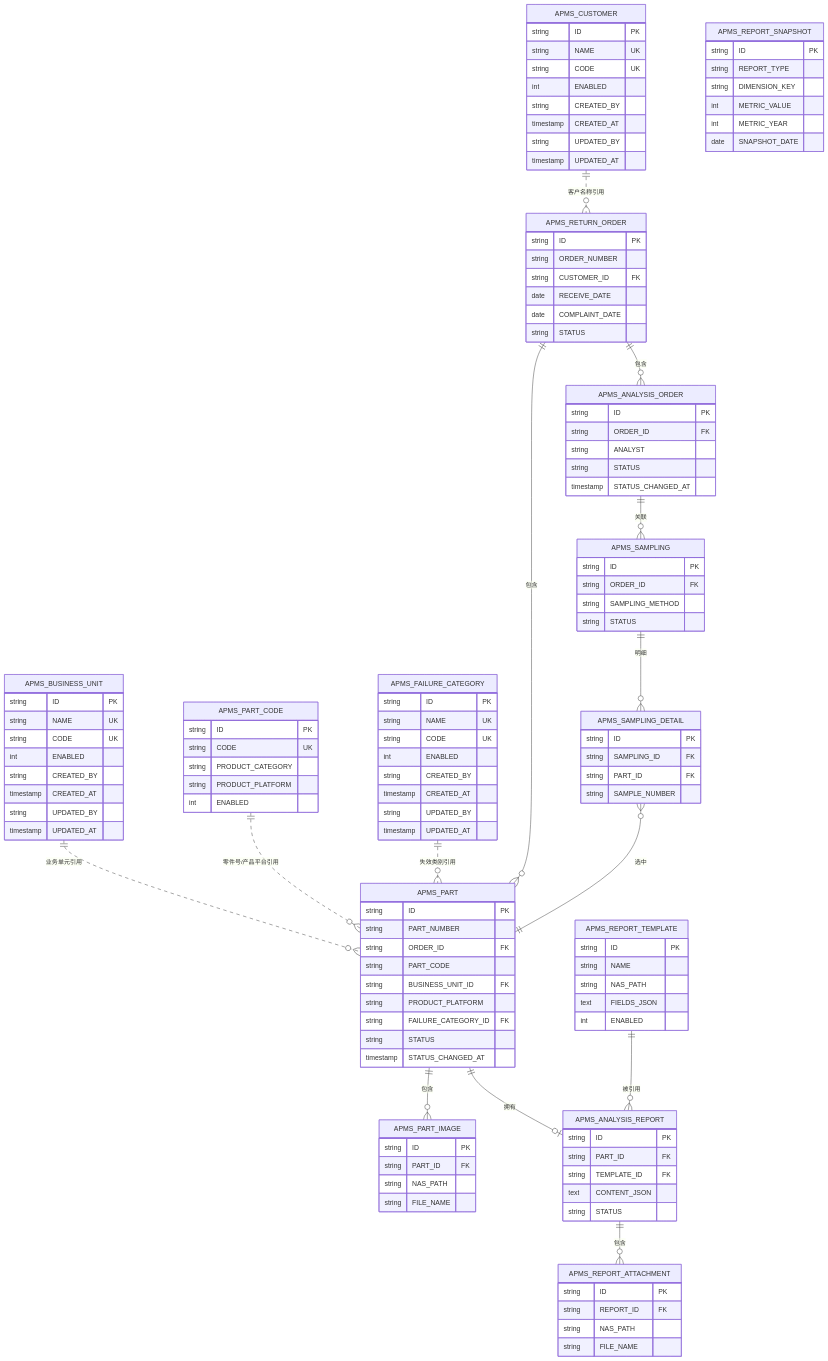
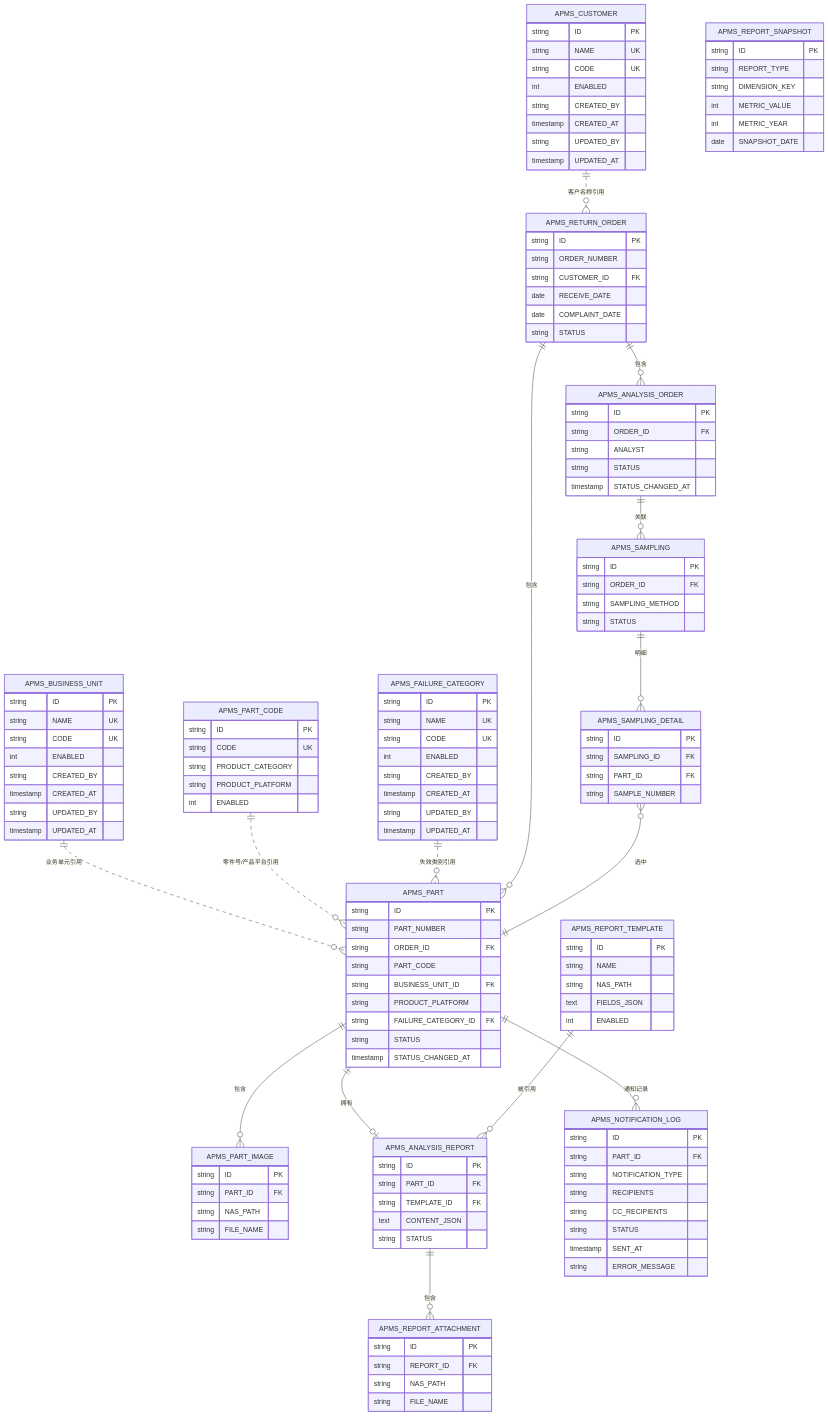
One commit to xvfeiran/wfam-doc changed diagram 16 of 16 in 01-设计文档/开发设计文档.md. Above: the diagram before and after it, drawn with Mermaid. The commit also changed other lines of this file and 4 other files, not shown here.

````diff
--- a/01-设计文档/开发设计文档.md
+++ b/01-设计文档/开发设计文档.md
@@ -1297,6 +1401,16 @@
         int METRIC_YEAR
         date SNAPSHOT_DATE
     }
+    APMS_NOTIFICATION_LOG {
+        string ID PK
+        string PART_ID FK
+        string NOTIFICATION_TYPE
+        string RECIPIENTS
+        string CC_RECIPIENTS
+        string STATUS
+        timestamp SENT_AT
+        string ERROR_MESSAGE
+    }
     APMS_CUSTOMER ||..o{ APMS_RETURN_ORDER : "客户名称引用"
     APMS_BUSINESS_UNIT ||..o{ APMS_PART : "业务单元引用"
     APMS_PART_CODE ||..o{ APMS_PART : "零件号/产品平台引用"
@@ -1310,4 +1424,5 @@
     APMS_SAMPLING_DETAIL }o--|| APMS_PART : "选中"
     APMS_REPORT_TEMPLATE ||--o{ APMS_ANALYSIS_REPORT : "被引用"
     APMS_ANALYSIS_REPORT ||--o{ APMS_REPORT_ATTACHMENT : "包含"
+    APMS_PART ||--o{ APMS_NOTIFICATION_LOG : "通知记录"
 ```
````
